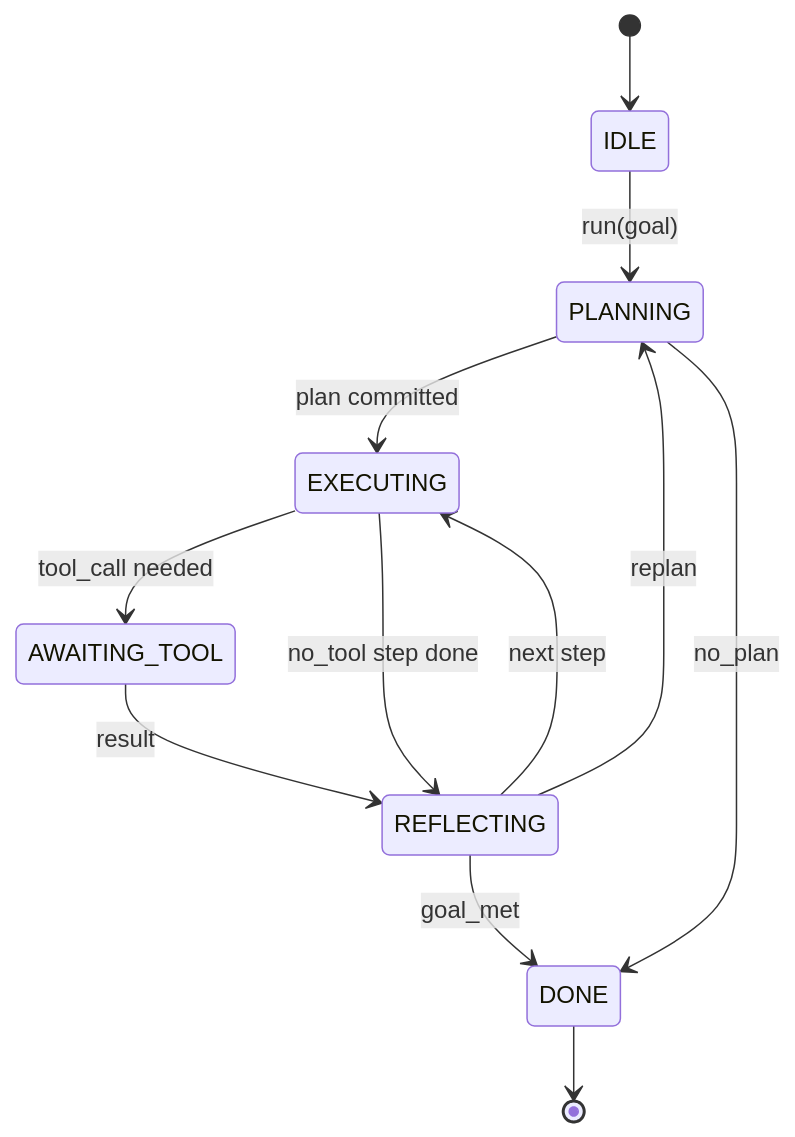
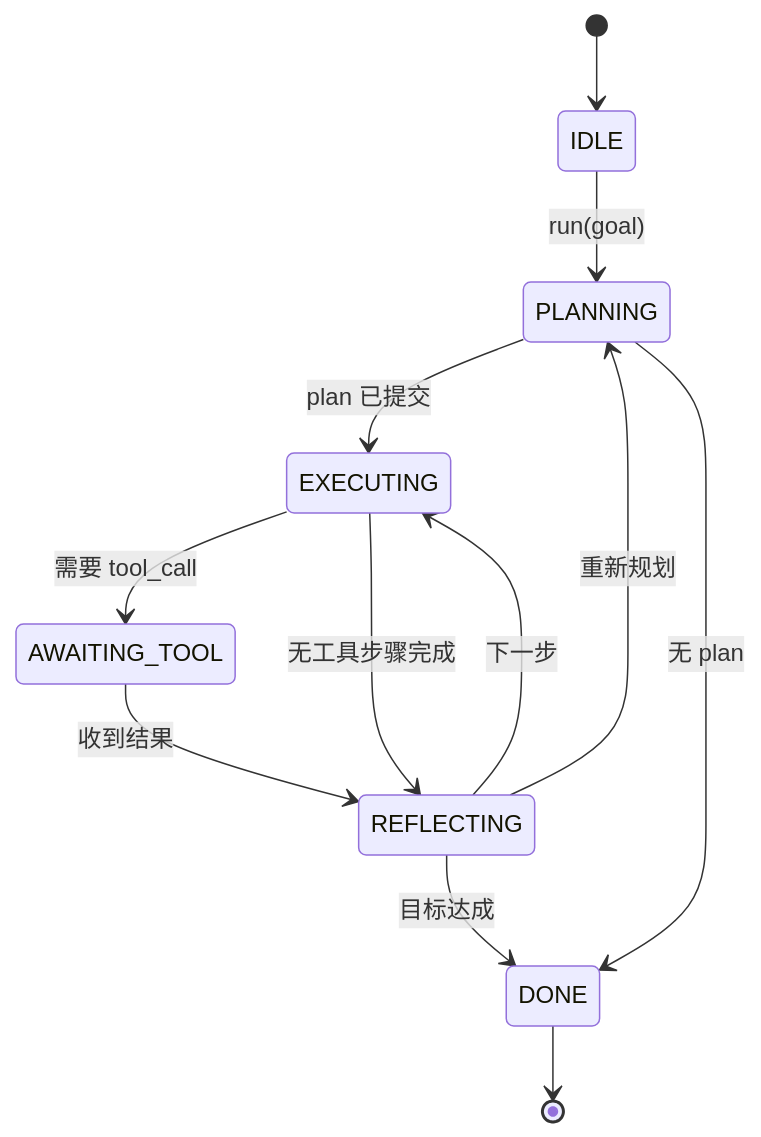
The diagram in phases/19-capstone-projects/20-agent-harness-loop-contract/docs/zh.md (alessandrodinisio-ai/ai-engineering-learning-framework), drawn with Mermaid before and after one commit. The commit also changed 120 other files, not shown here.

First line of the commit message:
i18n(mermaid): 337 个 mermaid 图表标签中文化

````diff
--- a/phases/19-capstone-projects/20-agent-harness-loop-contract/docs/zh.md
+++ b/phases/19-capstone-projects/20-agent-harness-loop-contract/docs/zh.md
@@ -27,14 +27,14 @@
 ```mermaid
 stateDiagram-v2
     [*] --> IDLE
     IDLE --> PLANNING: run(goal)
-    PLANNING --> EXECUTING: plan committed
-    EXECUTING --> AWAITING_TOOL: tool_call needed
-    AWAITING_TOOL --> REFLECTING: result
-    EXECUTING --> REFLECTING: no_tool step done
-    REFLECTING --> EXECUTING: next step
-    REFLECTING --> PLANNING: replan
-    REFLECTING --> DONE: goal_met
-    PLANNING --> DONE: no_plan
+    PLANNING --> EXECUTING: plan 已提交
+    EXECUTING --> AWAITING_TOOL: 需要 tool_call
+    AWAITING_TOOL --> REFLECTING: 收到结果
+    EXECUTING --> REFLECTING: 无工具步骤完成
+    REFLECTING --> EXECUTING: 下一步
+    REFLECTING --> PLANNING: 重新规划
+    REFLECTING --> DONE: 目标达成
+    PLANNING --> DONE: 无 plan
     DONE --> [*]
 ```
````
